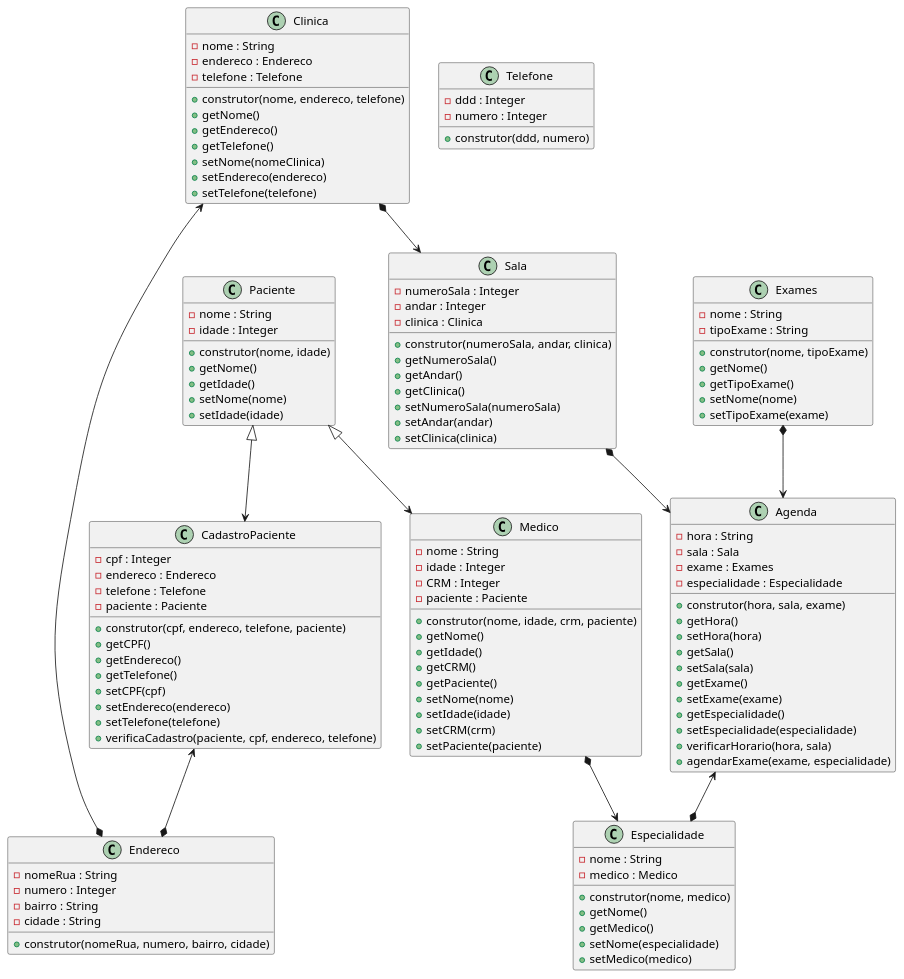
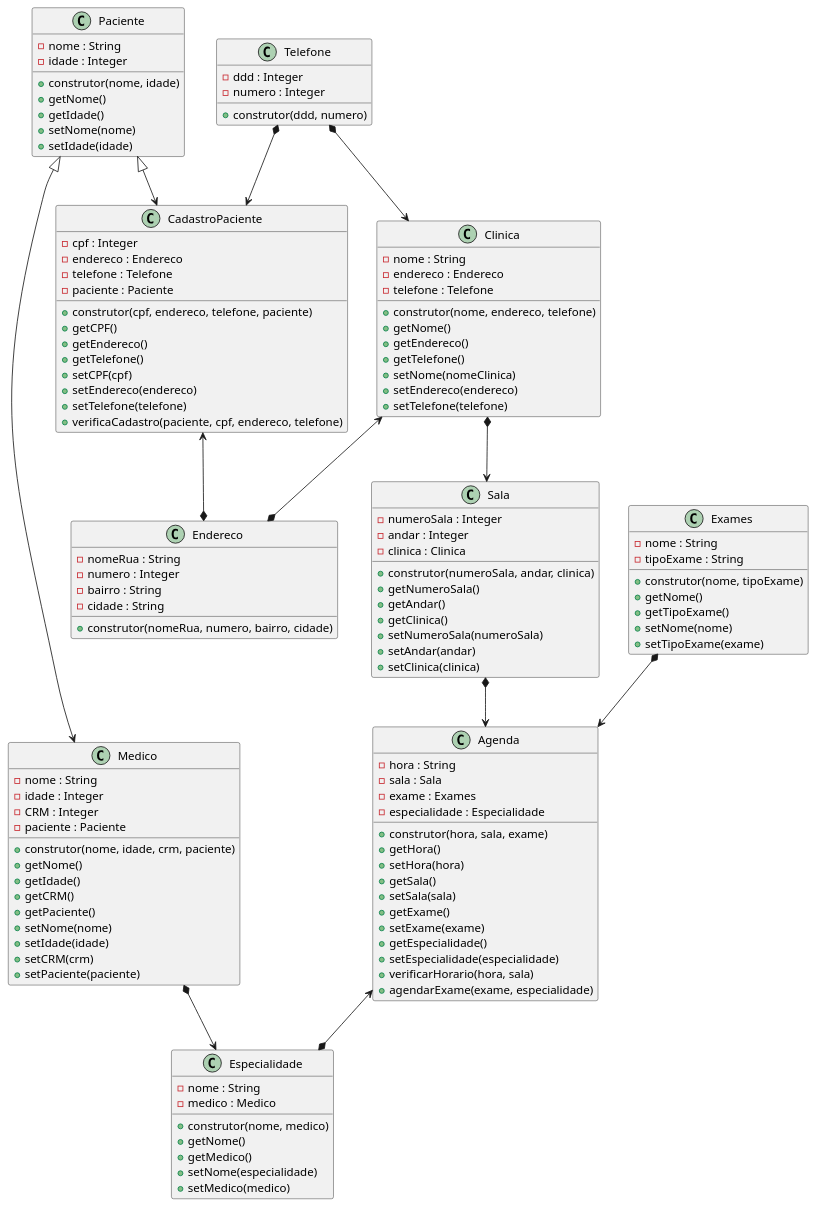
The diagram in diagrama.plantuml (anleaes/2022-1-N2-POO-03), drawn with PlantUML before and after one commit.

Commit message:
atualizado herança da classe telefone

```diff
--- a/diagrama.plantuml
+++ b/diagrama.plantuml
@@ -1,132 +1,134 @@
 @startuml Gerenciamento de Exames Medicos
 
     class Agenda{
         - hora : String
         - sala : Sala
         - exame : Exames
         - especialidade : Especialidade
         + construtor(hora, sala, exame)
         + getHora()
         + setHora(hora)
         + getSala()
         + setSala(sala)
         + getExame()
         + setExame(exame)
         + getEspecialidade()
         + setEspecialidade(especialidade)
         + verificarHorario(hora, sala)
         + agendarExame(exame, especialidade)
     }
 
     class Paciente{
         - nome : String
         - idade : Integer
         + construtor(nome, idade)
         + getNome()
         + getIdade()
         + setNome(nome)
         + setIdade(idade)
     }
 
     class CadastroPaciente{
         - cpf : Integer
         - endereco : Endereco
         - telefone : Telefone
         - paciente : Paciente
         + construtor(cpf, endereco, telefone, paciente)
         + getCPF()
         + getEndereco()
         + getTelefone()
         + setCPF(cpf)
         + setEndereco(endereco)
         + setTelefone(telefone)
         + verificaCadastro(paciente, cpf, endereco, telefone)
     }
 
     class Medico{
         - nome : String
         - idade : Integer
         - CRM : Integer
         - paciente : Paciente
         + construtor(nome, idade, crm, paciente)
         + getNome()
         + getIdade()
         + getCRM()
         + getPaciente()
         + setNome(nome)
         + setIdade(idade)
         + setCRM(crm)
         + setPaciente(paciente)
     }
 
     class Exames{
         - nome : String
         - tipoExame : String
         + construtor(nome, tipoExame)
         + getNome()
         + getTipoExame()
         + setNome(nome)
         + setTipoExame(exame)
     }
 
     class Especialidade{
         - nome : String
         - medico : Medico
         + construtor(nome, medico)
         + getNome()
         + getMedico()
         + setNome(especialidade)
         + setMedico(medico)
     }
 
     class Clinica{
         - nome : String
         - endereco : Endereco
         - telefone : Telefone
         + construtor(nome, endereco, telefone)
         + getNome()
         + getEndereco()
         + getTelefone()
         + setNome(nomeClinica)
         + setEndereco(endereco)
         + setTelefone(telefone)
     }
 
     class Sala{
         - numeroSala : Integer
         - andar : Integer
         - clinica : Clinica
         + construtor(numeroSala, andar, clinica)
         + getNumeroSala()
         + getAndar()
         + getClinica()
         + setNumeroSala(numeroSala)
         + setAndar(andar)
         + setClinica(clinica)
     }
 
     class Endereco{
         - nomeRua : String
         - numero : Integer
         - bairro : String
         - cidade : String
         + construtor(nomeRua, numero, bairro, cidade)
     }
 
     class Telefone{
         - ddd : Integer
         - numero : Integer
         + construtor(ddd, numero)
     }
 
     Paciente <|--> CadastroPaciente
     Paciente <|--> Medico
     Medico *--> Especialidade
     Exames *--> Agenda
     Sala *--> Agenda
     Agenda <--* Especialidade
     Clinica *--> Sala
     Clinica <--* Endereco
     CadastroPaciente <--* Endereco
+    Telefone *--> Clinica
+    Telefone *--> CadastroPaciente
 
 @enduml
```
